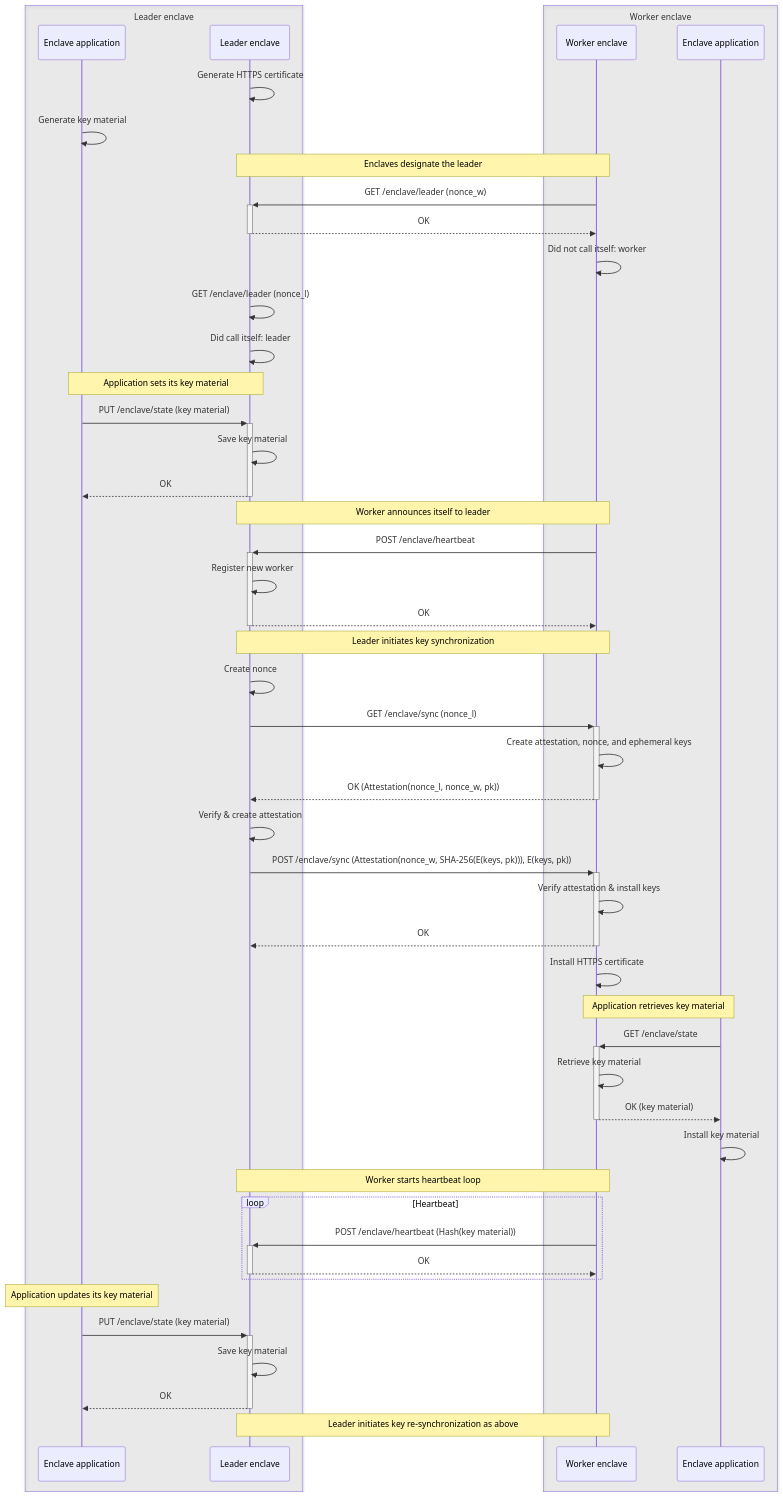
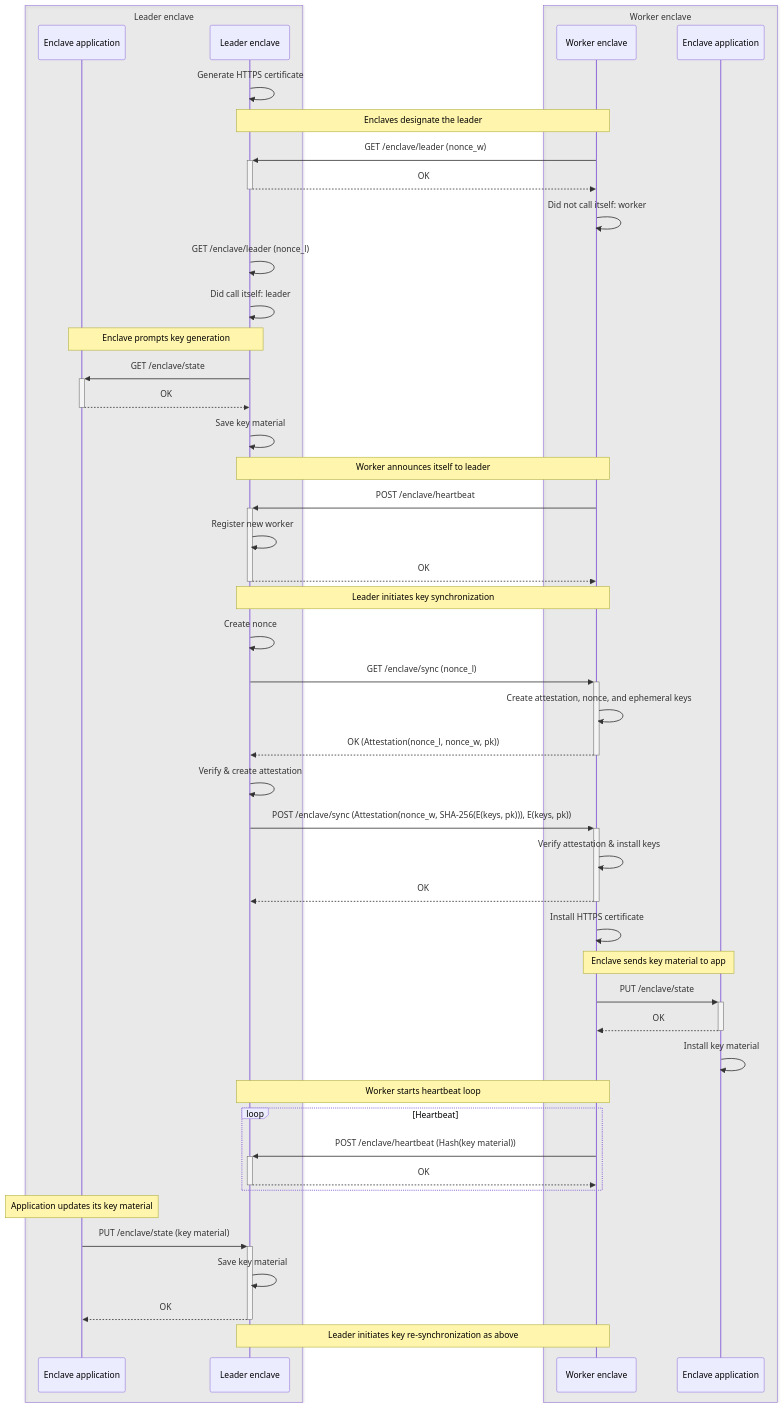
One commit to brave/nitriding-daemon changed the diagram in doc/key-synchronization.md. Above: the diagram before and after it, drawn with Mermaid.

Commit message:
Update key sync sequence diagram

````diff
--- a/doc/key-synchronization.md
+++ b/doc/key-synchronization.md
@@ -86,64 +86,65 @@
 ```mermaid
 sequenceDiagram
   box rgba(100, 100, 100, .1) Leader enclave
   participant leaderApp as Enclave application
   participant leader as Leader enclave
   end
   box rgba(100, 100, 100, .1) Worker enclave
   participant worker as Worker enclave
   participant workerApp as Enclave application
   end
 
 leader->>leader: Generate HTTPS certificate
-leaderApp->>leaderApp: Generate key material
 
 Note over leader,worker: Enclaves designate the leader
 worker->>+leader: GET /enclave/leader (nonce_w)
 leader-->>-worker: OK
+
 worker->>worker: Did not call itself: worker
 leader->>leader: GET /enclave/leader (nonce_l)
 leader->>leader: Did call itself: leader
 
-Note over leaderApp,leader: Application sets its key material
-leaderApp->>+leader: PUT /enclave/state (key material)
+Note over leaderApp,leader: Enclave prompts key generation
+
+leader->>+leaderApp: GET /enclave/state
+leaderApp-->>-leader: OK
 leader->>leader: Save key material
-leader-->>-leaderApp: OK
 
 Note over leader,worker: Worker announces itself to leader
 worker->>+leader: POST /enclave/heartbeat
 leader->>leader: Register new worker
 leader-->>-worker: OK
 
 Note over leader,worker: Leader initiates key synchronization
 leader->>leader: Create nonce
 leader->>+worker: GET /enclave/sync (nonce_l)
 worker->>worker: Create attestation, nonce, and ephemeral keys
 worker-->>-leader: OK (Attestation(nonce_l, nonce_w, pk))
 
 leader->>leader: Verify & create attestation
 leader->>+worker: POST /enclave/sync (Attestation(nonce_w, SHA-256(E(keys, pk))), E(keys, pk))
 worker->>worker: Verify attestation & install keys
 worker-->>-leader: OK
 
 worker->>worker: Install HTTPS certificate
 
-Note over worker,workerApp: Application retrieves key material
-workerApp->>+worker: GET /enclave/state
-worker->>worker: Retrieve key material
-worker-->>-workerApp: OK (key material)
+Note over worker,workerApp: Enclave sends key material to app
+worker->>+workerApp: PUT /enclave/state
+workerApp-->>-worker: OK
 workerApp->>workerApp: Install key material
 
 Note over leader, worker: Worker starts heartbeat loop
 
 loop Heartbeat
   worker->>+leader: POST /enclave/heartbeat (Hash(key material))
   leader-->>-worker: OK
 end
 
 Note over leaderApp: Application updates its key material
+
 leaderApp->>+leader: PUT /enclave/state (key material)
 leader->>leader: Save key material
 leader-->>-leaderApp: OK
 
 note over leader,worker: Leader initiates key re-synchronization as above
 ```
````
